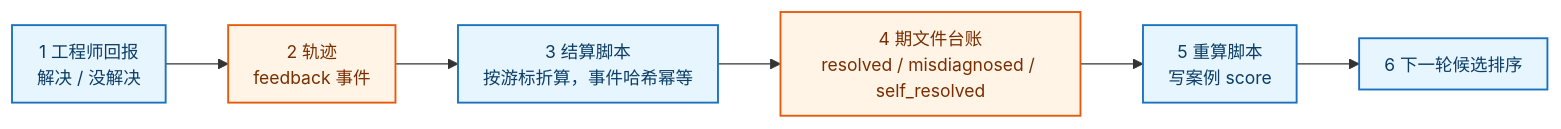
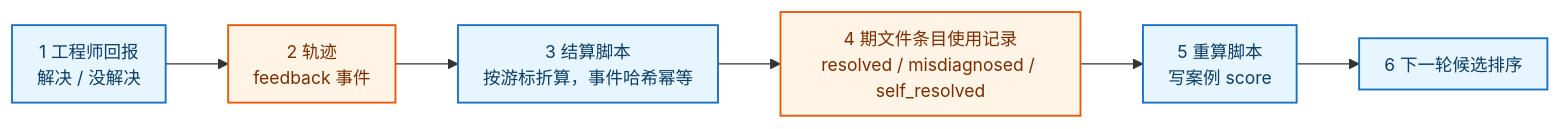
Before and after one commit to Bowen-Leee/ascend-sleuth: the fourth of 4 diagrams in docs/mechanism/diagnosis-observability.md, drawn with Mermaid. The commit also changed other lines of this file and 1 other file, not shown here.

````diff
--- a/docs/mechanism/diagnosis-observability.md
+++ b/docs/mechanism/diagnosis-observability.md
@@ -251,15 +260,15 @@
 ```mermaid
 %%{init: {'themeVariables':{'fontSize':'14px'},'flowchart':{'curve':'basis','nodeSpacing':40,'rankSpacing':50,'padding':10}}}%%
 flowchart LR
     R1["1 工程师回报<br/>解决 / 没解决"] --> T["2 轨迹<br/>feedback 事件"]
     T --> S["3 结算脚本<br/>按游标折算，事件哈希幂等"]
-    S --> L["4 期文件台账<br/>resolved / misdiagnosed / self_resolved"]
+    S --> L["4 期文件条目使用记录<br/>resolved / misdiagnosed / self_resolved"]
     L --> C["5 重算脚本<br/>写案例 score"]
     C --> O["6 下一轮候选排序"]
 
     classDef step fill:#e7f5ff,stroke:#1971c2,stroke-width:1.5px,color:#0b3d66
     classDef store fill:#fff4e6,stroke:#e8590c,stroke-width:1.5px,color:#7a2e00
     class R1,S,C step
     class T,L store
     class O step
 ```
````
